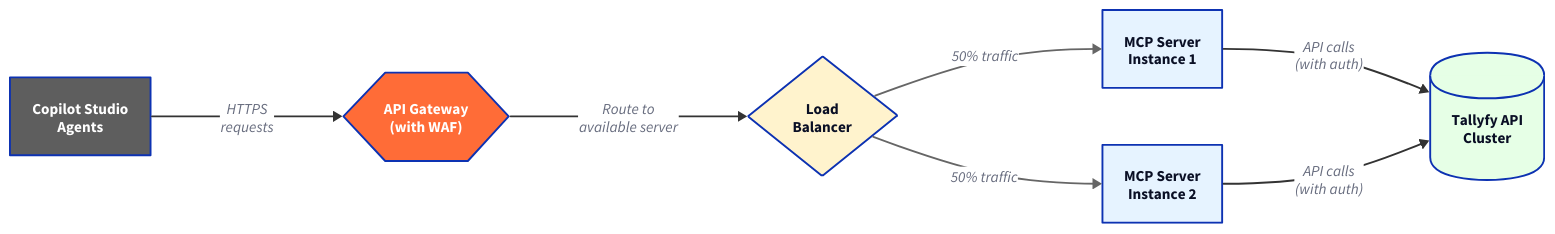
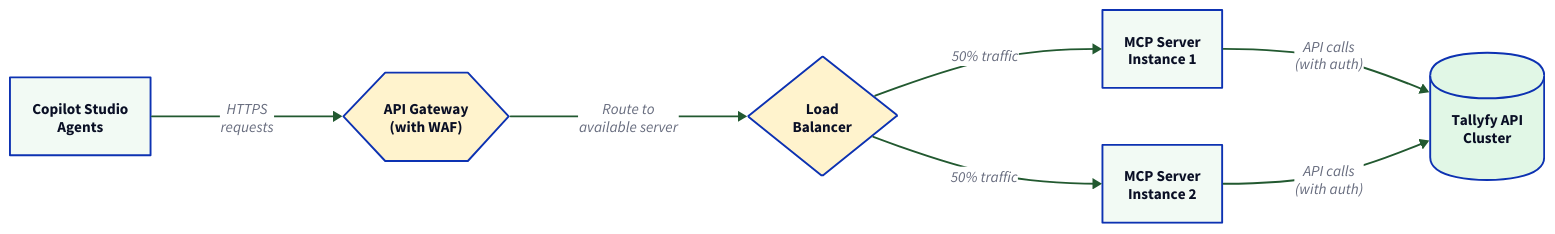
One commit to tallyfy/documentation changed the third of 3 diagrams in src/content/docs/pro/integrations/mcp-server/microsoft-copilot-studio/index.mdx. Above: the diagram before and after it, drawn with D2. The commit also changed other lines of this file and 66 other files, not shown here.

````diff
--- a/src/content/docs/pro/integrations/mcp-server/microsoft-copilot-studio/index.mdx
+++ b/src/content/docs/pro/integrations/mcp-server/microsoft-copilot-studio/index.mdx
@@ -404,60 +400,58 @@
 ```d2
 direction: right
 
 Copilot: "Copilot Studio\nAgents" {
   shape: rectangle
-  style.fill: "#5e5e5e"
-  style.font-color: "#fff"
+  style.fill: "#f2faf4"
 }
 
 Gateway: "API Gateway\n(with WAF)" {
   shape: hexagon
-  style.fill: "#ff6c37"
-  style.font-color: "#fff"
+  style.fill: "#fff3cd"
 }
 
 LB: "Load\nBalancer" {
   shape: diamond
   style.fill: "#fff3cd"
 }
 
 MCP1: "MCP Server\nInstance 1" {
   shape: rectangle
-  style.fill: "#e6f3ff"
+  style.fill: "#f2faf4"
 }
 
 MCP2: "MCP Server\nInstance 2" {
   shape: rectangle
-  style.fill: "#e6f3ff"
+  style.fill: "#f2faf4"
 }
 
 API: "Tallyfy API\nCluster" {
   shape: cylinder
-  style.fill: "#e6ffe6"
+  style.fill: "#e1f7e6"
 }
 
 Copilot -> Gateway: "HTTPS\nrequests" {
-  style.stroke: "#333"
+  style.stroke: "#225930"
   style.stroke-width: 2
 }
 
 Gateway -> LB: "Route to\navailable server" {
-  style.stroke: "#333"
+  style.stroke: "#225930"
 }
 
 LB -> MCP1: "50% traffic" {
-  style.stroke: "#666"
+  style.stroke: "#225930"
 }
 
 LB -> MCP2: "50% traffic" {
-  style.stroke: "#666"
+  style.stroke: "#225930"
 }
 
 MCP1 -> API: "API calls\n(with auth)" {
-  style.stroke: "#333"
+  style.stroke: "#225930"
 }
 
 MCP2 -> API: "API calls\n(with auth)" {
-  style.stroke: "#333"
+  style.stroke: "#225930"
 }
 ```
````
